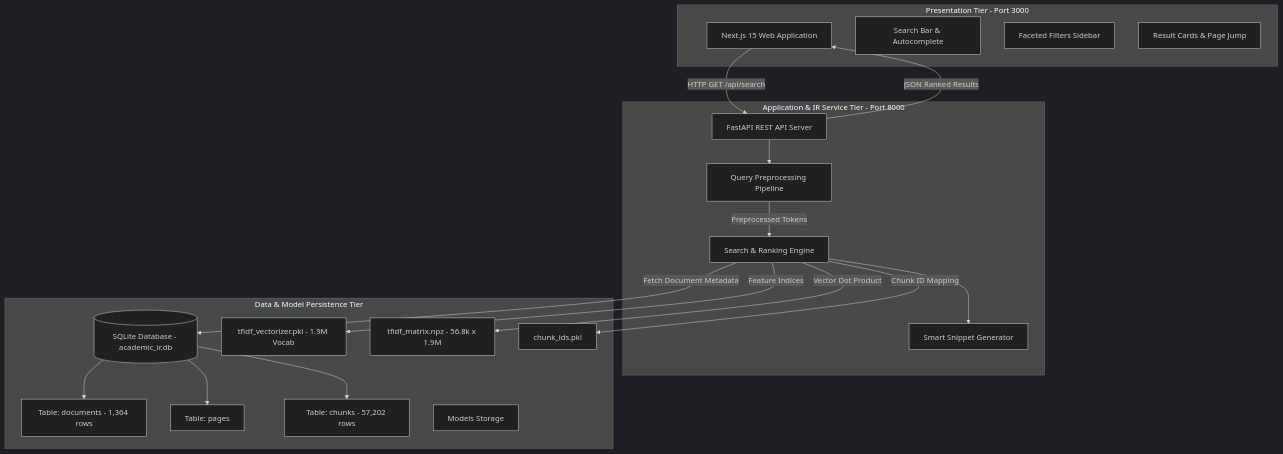
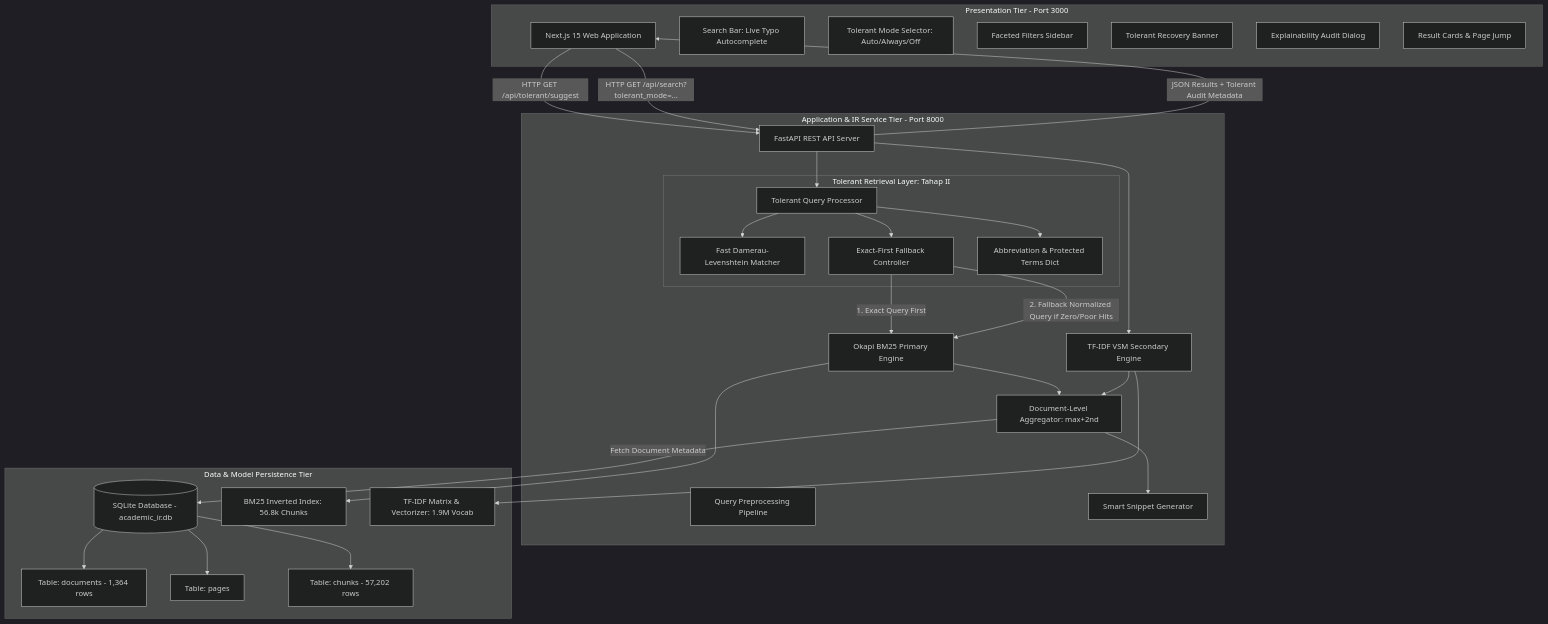
Before and after one commit to pramacoder/TemuKembaliInformasi: the first of 6 diagrams in LAPORAN_PROJECT_TAHAP_1.md, drawn with Mermaid (dark theme). The commit also changed other lines of this file and 31 other files, not shown here.

Commit message:
feat(retrieval): implement Tolerant Retrieval layer, search bar autocomplete, and update project report Tahap 1

````diff
--- a/LAPORAN_PROJECT_TAHAP_1.md
+++ b/LAPORAN_PROJECT_TAHAP_1.md
@@ -234,41 +253,62 @@
 ```mermaid
 graph TD
     subgraph Presentation_Tier [Presentation Tier - Port 3000]
         UI[Next.js 15 Web Application]
-        SB[Search Bar & Autocomplete]
+        SB[Search Bar: Live Typo Autocomplete]
+        TMS[Tolerant Mode Selector: Auto/Always/Off]
         FT[Faceted Filters Sidebar]
+        RB[Tolerant Recovery Banner]
+        AUD[Explainability Audit Dialog]
         RC[Result Cards & Page Jump]
     end
 
     subgraph Application_Tier [Application & IR Service Tier - Port 8000]
         API[FastAPI REST API Server]
+        
+        subgraph Tolerant_Layer [Tolerant Retrieval Layer: Tahap II]
+            TPROC[Tolerant Query Processor]
+            FUZZY[Fast Damerau-Levenshtein Matcher]
+            FBC[Exact-First Fallback Controller]
+            DICT[Abbreviation & Protected Terms Dict]
+        end
+        
         QP[Query Preprocessing Pipeline]
-        SE[Search & Ranking Engine]
+        BM25_ENG[Okapi BM25 Primary Engine]
+        TFIDF_ENG[TF-IDF VSM Secondary Engine]
+        AGG[Document-Level Aggregator: max+2nd]
         SNIP[Smart Snippet Generator]
     end
 
     subgraph Storage_Tier [Data & Model Persistence Tier]
         DB[(SQLite Database - academic_ir.db)]
         DOCS[Table: documents - 1,364 rows]
         PAGES[Table: pages]
         CHUNKS[Table: chunks - 57,202 rows]
         
-        MODELS[Models Storage]
-        TFIDF[tfidf_vectorizer.pkl - 1.9M Vocab]
-        MATRIX[tfidf_matrix.npz - 56.8k x 1.9M]
-        IDS[chunk_ids.pkl]
+        BM25_IDX[BM25 Inverted Index: 56.8k Chunks]
+        TFIDF_IDX[TF-IDF Matrix & Vectorizer: 1.9M Vocab]
     end
 
-    UI -->|HTTP GET /api/search| API
-    API --> QP
-    QP -->|Preprocessed Tokens| SE
-    SE -->|Vector Dot Product| MATRIX
-    SE -->|Feature Indices| TFIDF
-    SE -->|Chunk ID Mapping| IDS
-    SE -->|Fetch Document Metadata| DB
+    UI -->|HTTP GET /api/tolerant/suggest| API
+    UI -->|HTTP GET /api/search?tolerant_mode=...| API
+    API --> TPROC
+    TPROC --> FUZZY
+    TPROC --> DICT
+    TPROC --> FBC
+    
+    FBC -->|1. Exact Query First| BM25_ENG
+    FBC -->|2. Fallback Normalized Query if Zero/Poor Hits| BM25_ENG
+    
+    BM25_ENG --> BM25_IDX
+    API --> TFIDF_ENG
+    TFIDF_ENG --> TFIDF_IDX
+    
+    BM25_ENG --> AGG
+    TFIDF_ENG --> AGG
+    AGG -->|Fetch Document Metadata| DB
     DB --> DOCS
     DB --> PAGES
     DB --> CHUNKS
-    SE --> SNIP
-    API -->|JSON Ranked Results| UI
+    AGG --> SNIP
+    API -->|JSON Results + Tolerant Audit Metadata| UI
 ```
````
